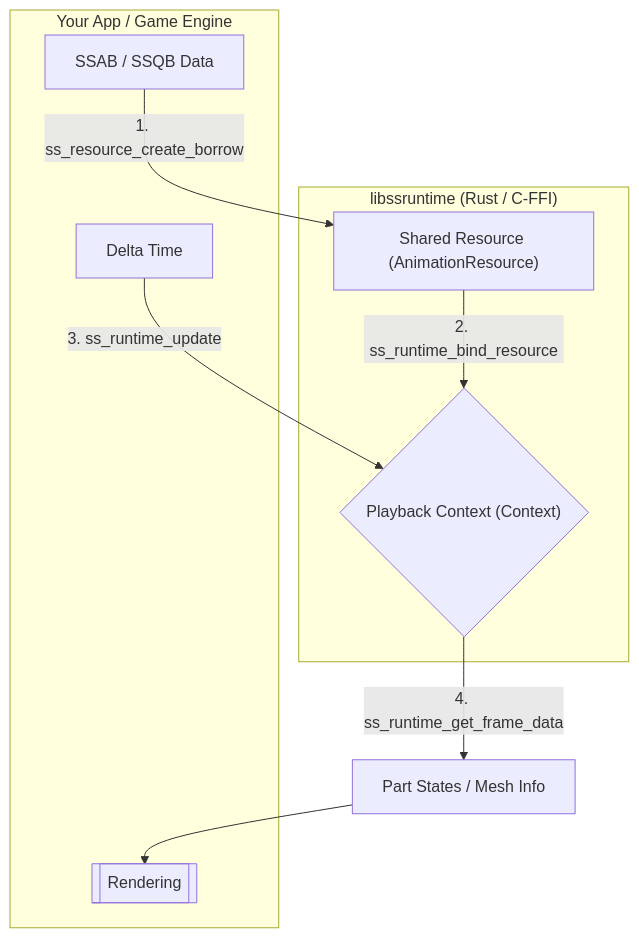
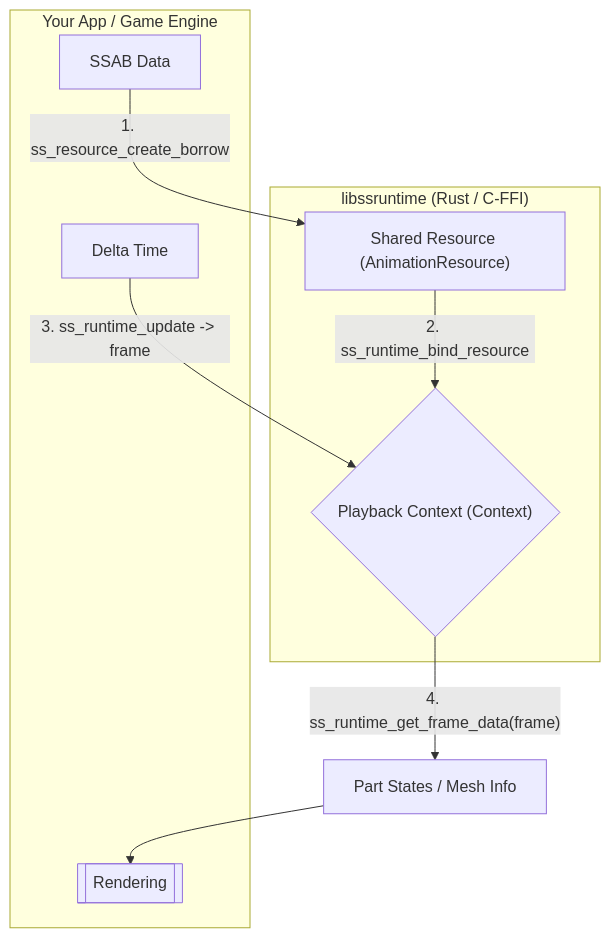
The diagram in libs/ssruntime/README.md (cri-middleware/SpriteStudio-SDK), drawn with Mermaid before and after one commit. The commit also changed other lines of this file and 1 other file, not shown here.

Commit message:
update ssruntime README mermeid.

````diff
--- a/libs/ssruntime/README.md
+++ b/libs/ssruntime/README.md
@@ -56,19 +56,19 @@
 ```mermaid
 graph TD
     subgraph App ["Your App / Game Engine"]
-        RAW[" SSAB / SSQB Data "]
+        RAW[" SSAB Data "]
         DT[" Delta Time "]
         DRAW[[" Rendering "]]
     end
 
     subgraph SSRuntime ["libssruntime (Rust / C-FFI)"]
         RES[" Shared Resource (AnimationResource) "]
         CTX{" Playback Context (Context) "}
     end
 
     RAW -->|1. ss_resource_create_borrow| RES
     RES -->|2. ss_runtime_bind_resource| CTX
-    DT -->|3. ss_runtime_update| CTX
-    CTX -->|4. ss_runtime_get_frame_data| STATE[" Part States / Mesh Info "]
+    DT -->|"3. ss_runtime_update -> frame"| CTX
+    CTX -->|"4. ss_runtime_get_frame_data(frame)"| STATE[" Part States / Mesh Info "]
     STATE --> DRAW
 ```
````
